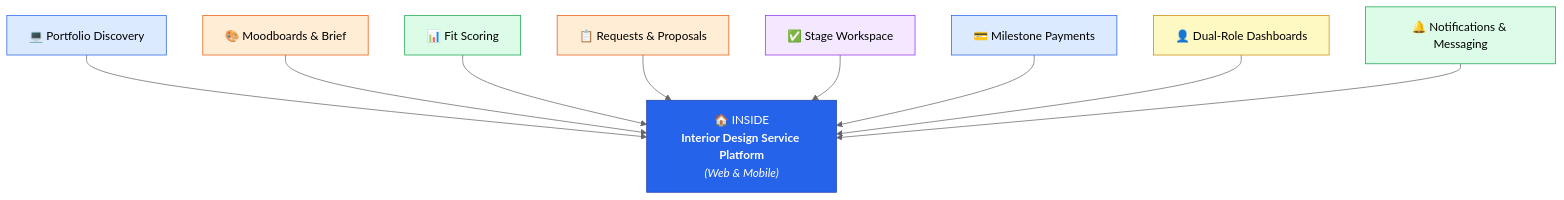
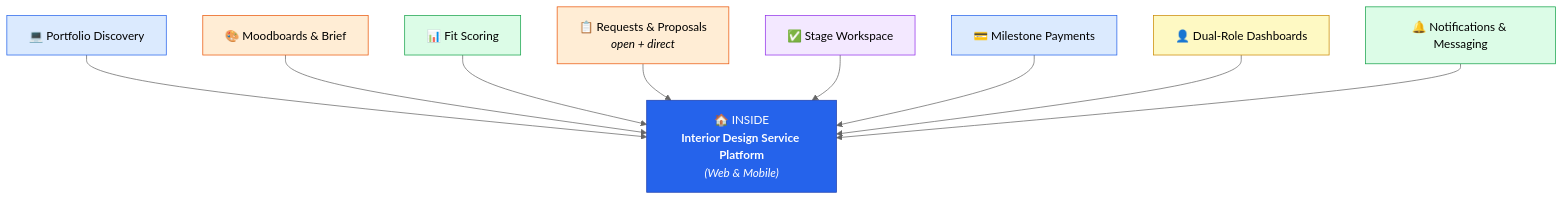
The first of 4 diagrams in docs/Proposal/diagrams/architecture-diagrams.md (MNSBaanu/Inside), drawn with Mermaid (neutral theme) before and after one commit. The commit also changed other lines of this file and 5 other files, not shown here.

First line of the commit message:
docs(proposal): Enhance hiring flow details and clarify platform features

````diff
--- a/docs/Proposal/diagrams/architecture-diagrams.md
+++ b/docs/Proposal/diagrams/architecture-diagrams.md
@@ -35,32 +35,32 @@
 ```mermaid
 flowchart TB
     Hub["🏠 INSIDE<br/><b>Interior Design Service Platform</b><br/><i>(Web & Mobile)</i>"]
 
     F1["💻 Portfolio Discovery"]
     F2["🎨 Moodboards & Brief"]
     F3["📊 Fit Scoring"]
-    F4["📋 Requests & Proposals"]
+    F4["📋 Requests & Proposals<br/><i>open + direct</i>"]
     F5["✅ Stage Workspace"]
     F6["💳 Milestone Payments"]
     F7["👤 Dual-Role Dashboards"]
     F8["🔔 Notifications & Messaging"]
 
     F1 --> Hub
     F2 --> Hub
     F3 --> Hub
     F4 --> Hub
     F5 --> Hub
     F6 --> Hub
     F7 --> Hub
     F8 --> Hub
 
     style Hub fill:#2563eb,stroke:#1e40af,color:#fff
     style F1 fill:#dbeafe,stroke:#2563eb
     style F2 fill:#ffedd5,stroke:#ea580c
     style F3 fill:#dcfce7,stroke:#16a34a
     style F4 fill:#ffedd5,stroke:#ea580c
     style F5 fill:#f3e8ff,stroke:#9333ea
     style F6 fill:#dbeafe,stroke:#2563eb
     style F7 fill:#fef9c3,stroke:#ca8a04
     style F8 fill:#dcfce7,stroke:#16a34a
 ```
````
